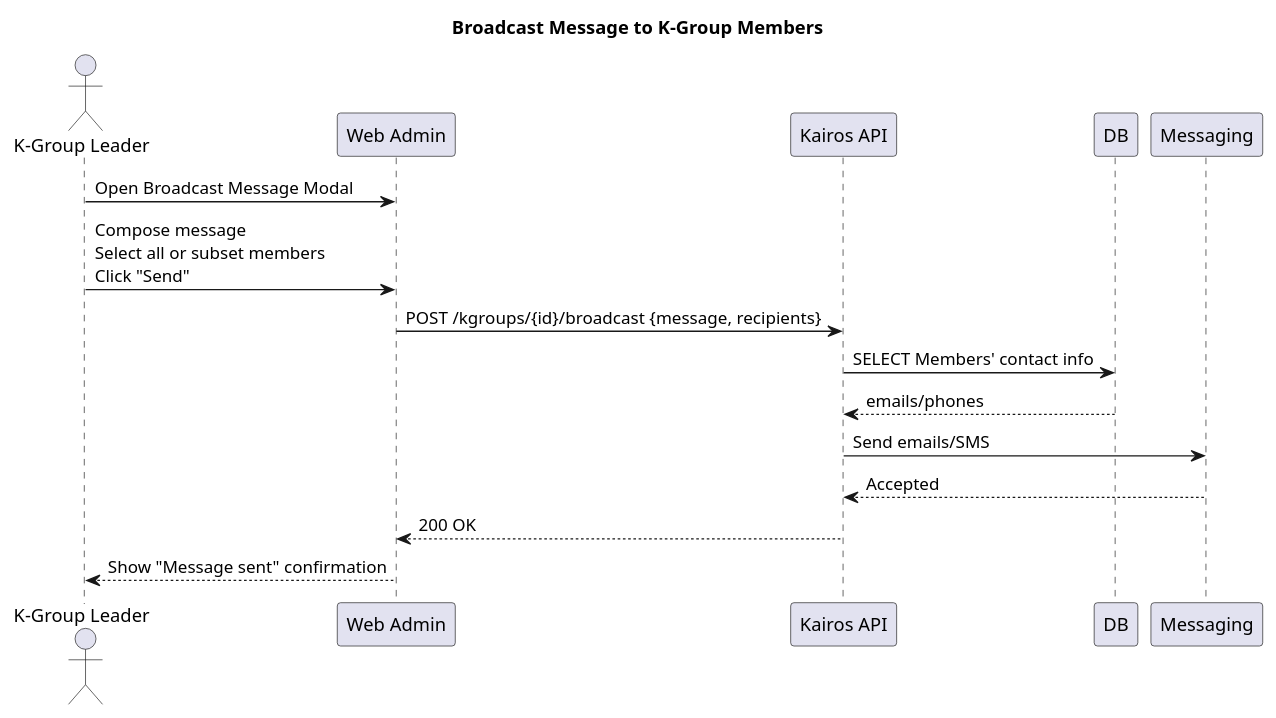
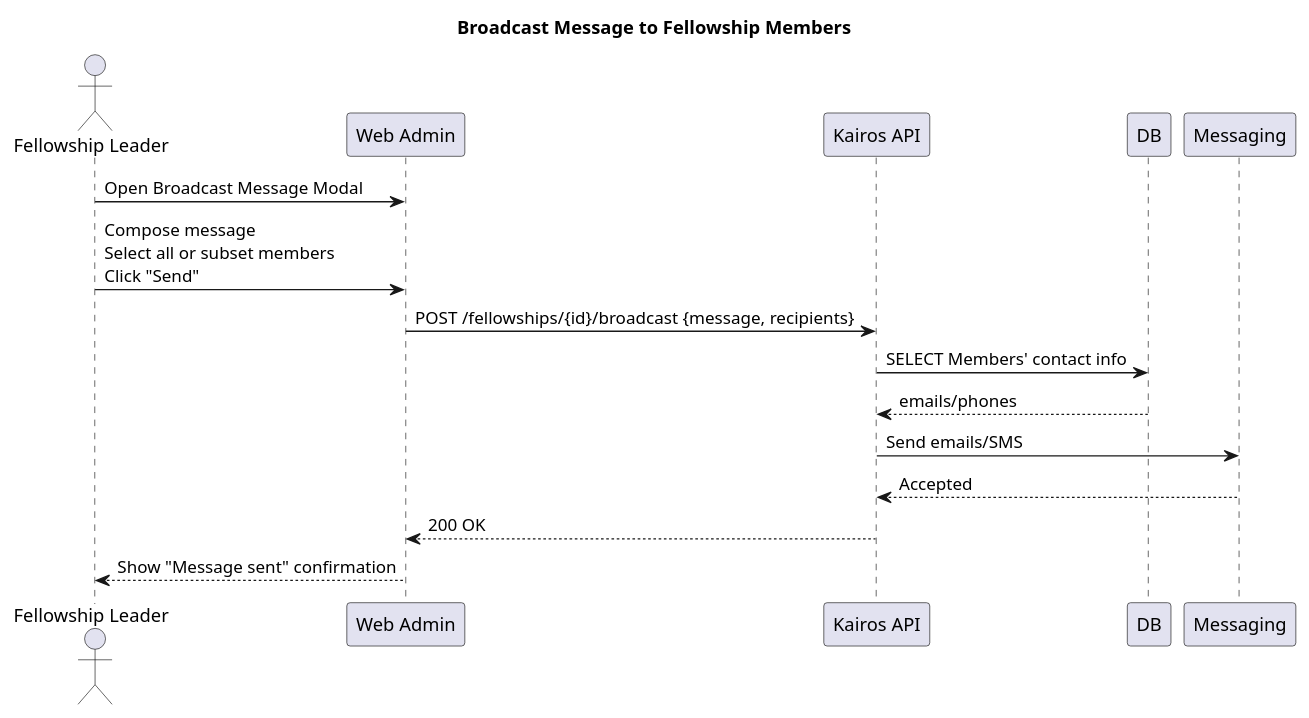
Before and after one commit to kharis-min-tech/kairos: the diagram in architecture/sequences/kgroup-management/kairos-kgroup-broadcast-message-sequence.puml, drawn with PlantUML. The commit also changed 101 other files, not shown here.

Commit message:
rewiring the repo and architecture

```diff
--- a/architecture/sequences/kgroup-management/kairos-kgroup-broadcast-message-sequence.puml
+++ b/architecture/sequences/kgroup-management/kairos-kgroup-broadcast-message-sequence.puml
@@ -1,21 +1,21 @@
-@startuml kairos-kgroup-broadcast-message-sequence
-title Broadcast Message to K-Group Members
+@startuml kairos-fellowship-broadcast-message-sequence
+title Broadcast Message to Fellowship Members
 
-actor "K-Group Leader" as Leader
+actor "Fellowship Leader" as Leader
 participant "Web Admin" as WebAdmin
 participant "Kairos API" as API
 participant "DB" as DB
 participant "Messaging" as Messaging
 
 Leader -> WebAdmin: Open Broadcast Message Modal
 Leader -> WebAdmin: Compose message\nSelect all or subset members\nClick "Send"
-WebAdmin -> API: POST /kgroups/{id}/broadcast {message, recipients}
+WebAdmin -> API: POST /fellowships/{id}/broadcast {message, recipients}
 API -> DB: SELECT Members' contact info
 DB --> API: emails/phones
 API -> Messaging: Send emails/SMS
 Messaging --> API: Accepted
 API --> WebAdmin: 200 OK
 
 WebAdmin --> Leader: Show "Message sent" confirmation
 
 @enduml
```
